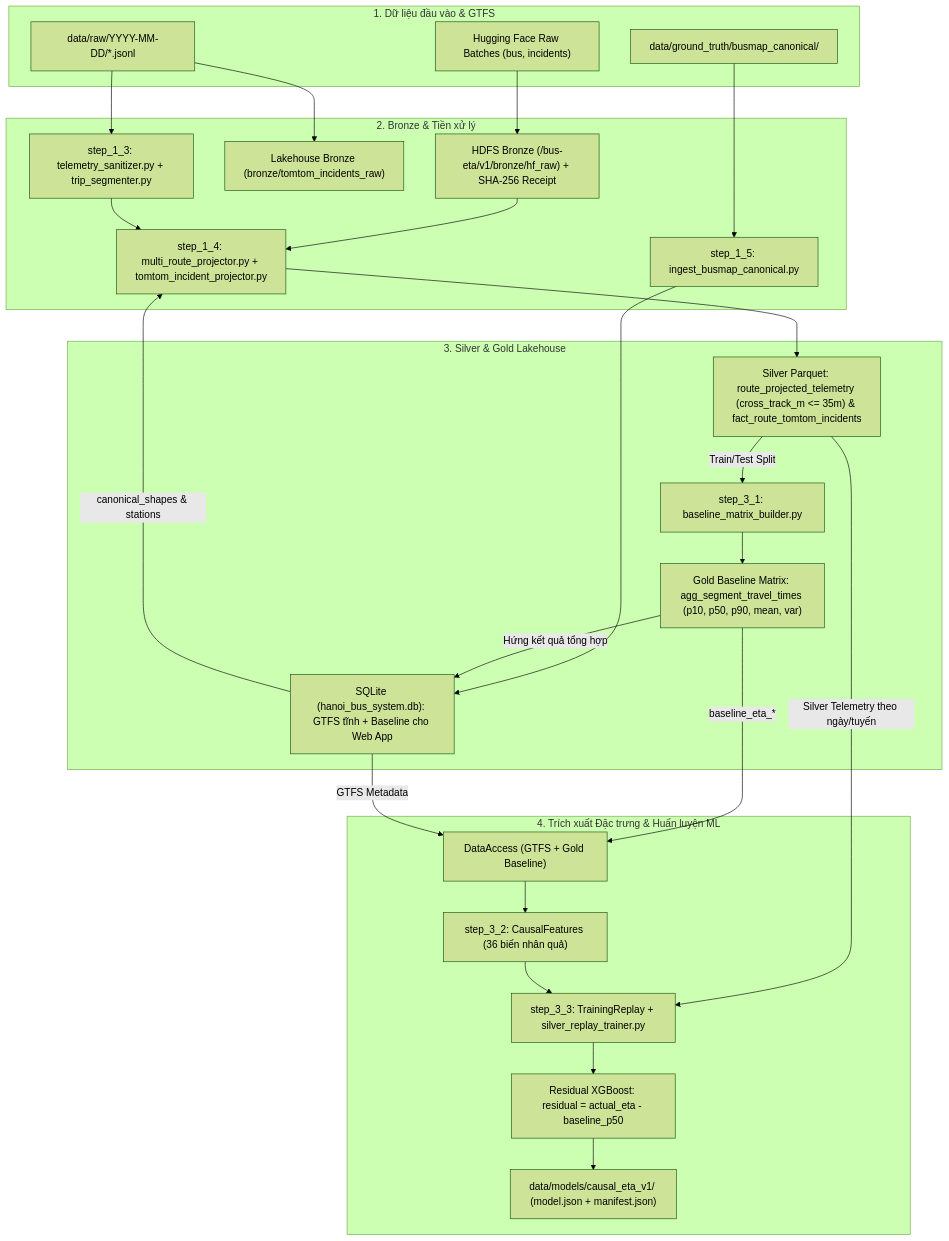
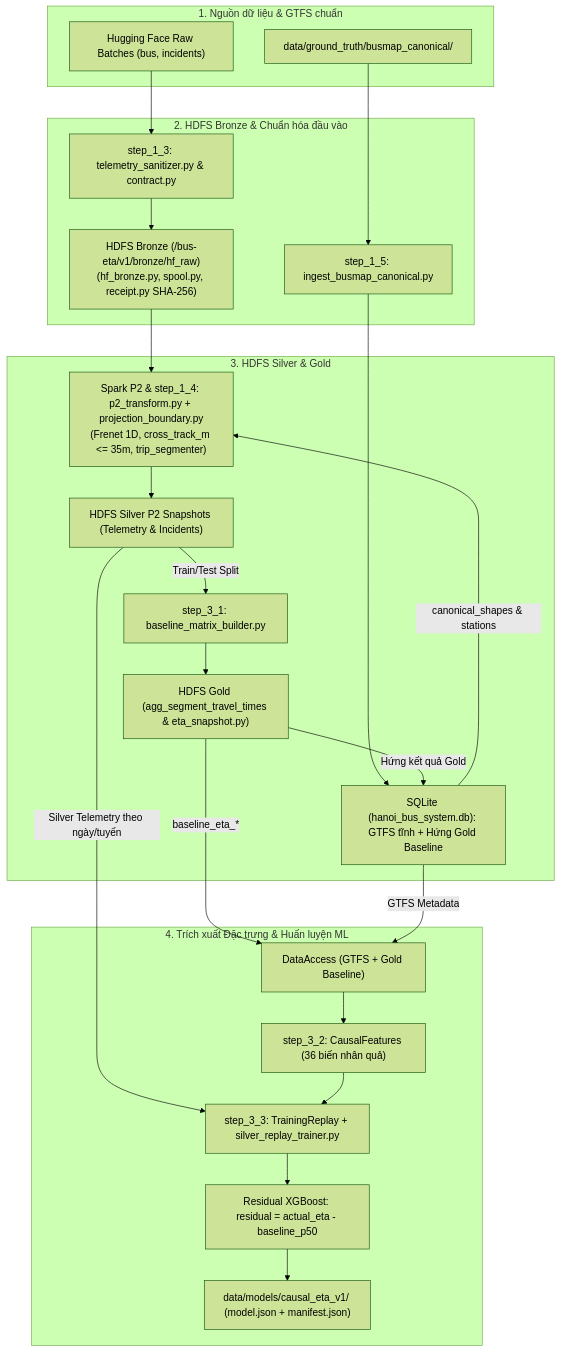
The diagram in docs/BATCH_VIEW_PIPELINE.md (toibinguz/Bus_tracking), drawn with Mermaid (forest theme) before and after one commit. The commit also changed other lines of this file and 3 other files, not shown here.

Commit message:
docs: enforce single HDFS-first ingestion/storage flow without shadow local raw/lakehouse bypass

````diff
--- a/docs/BATCH_VIEW_PIPELINE.md
+++ b/docs/BATCH_VIEW_PIPELINE.md
@@ -9,45 +9,41 @@
 ```mermaid
 flowchart TD
-    subgraph IN["1. Dữ liệu đầu vào & GTFS"]
+    subgraph IN["1. Nguồn dữ liệu & GTFS chuẩn"]
         HF["Hugging Face Raw Batches (bus, incidents)"]
-        RAW["data/raw/YYYY-MM-DD/*.jsonl"]
         GTFS["data/ground_truth/busmap_canonical/"]
     end
 
-    subgraph B["2. Bronze & Tiền xử lý"]
-        HBR["HDFS Bronze (/bus-eta/v1/bronze/hf_raw) + SHA-256 Receipt"]
-        LBR["Lakehouse Bronze (bronze/tomtom_incidents_raw)"]
+    subgraph BR["2. HDFS Bronze & Chuẩn hóa đầu vào"]
+        SAN["step_1_3: telemetry_sanitizer.py & contract.py"]
+        HBR["HDFS Bronze (/bus-eta/v1/bronze/hf_raw)\n(hf_bronze.py, spool.py, receipt.py SHA-256)"]
         S15["step_1_5: ingest_busmap_canonical.py"]
-        S13["step_1_3: telemetry_sanitizer.py + trip_segmenter.py"]
-        S14["step_1_4: multi_route_projector.py + tomtom_incident_projector.py"]
     end
 
-    subgraph S["3. Silver & Gold Lakehouse"]
-        SIL["Silver Parquet: route_projected_telemetry (cross_track_m <= 35m) & fact_route_tomtom_incidents"]
+    subgraph SG["3. HDFS Silver & Gold"]
+        P2["Spark P2 & step_1_4: p2_transform.py + projection_boundary.py\n(Frenet 1D, cross_track_m <= 35m, trip_segmenter)"]
+        HSIL["HDFS Silver P2 Snapshots (Telemetry & Incidents)"]
         S31["step_3_1: baseline_matrix_builder.py"]
-        GOLD["Gold Baseline Matrix: agg_segment_travel_times (p10, p50, p90, mean, var)"]
-        SQL["SQLite (hanoi_bus_system.db): GTFS tĩnh + Baseline cho Web App"]
+        HGOLD["HDFS Gold (agg_segment_travel_times & eta_snapshot.py)"]
+        SQL["SQLite (hanoi_bus_system.db): GTFS tĩnh + Hứng Gold Baseline"]
     end
 
     subgraph ML["4. Trích xuất Đặc trưng & Huấn luyện ML"]
         DA["DataAccess (GTFS + Gold Baseline)"]
         CF["step_3_2: CausalFeatures (36 biến nhân quả)"]
         REP["step_3_3: TrainingReplay + silver_replay_trainer.py"]
         XGB["Residual XGBoost: residual = actual_eta - baseline_p50"]
         ART["data/models/causal_eta_v1/ (model.json + manifest.json)"]
     end
 
-    HF --> HBR --> S14
-    RAW --> LBR
-    RAW --> S13 --> S14
+    HF --> SAN --> HBR
     GTFS --> S15 --> SQL
-    SQL -->|"canonical_shapes & stations"| S14
-    S14 --> SIL
-    SIL -->|"Train/Test Split"| S31 --> GOLD
-    GOLD -->|"Hứng kết quả tổng hợp"| SQL
-    GOLD -->|"baseline_eta_*"| DA
+    SQL -->|"canonical_shapes & stations"| P2
+    HBR --> P2 --> HSIL
+    HSIL -->|"Train/Test Split"| S31 --> HGOLD
+    HGOLD -->|"Hứng kết quả Gold"| SQL
+    HGOLD -->|"baseline_eta_*"| DA
     SQL -->|"GTFS Metadata"| DA
     DA --> CF
-    SIL -->|"Silver Telemetry theo ngày/tuyến"| REP
+    HSIL -->|"Silver Telemetry theo ngày/tuyến"| REP
     CF --> REP --> XGB --> ART
 ```
````
